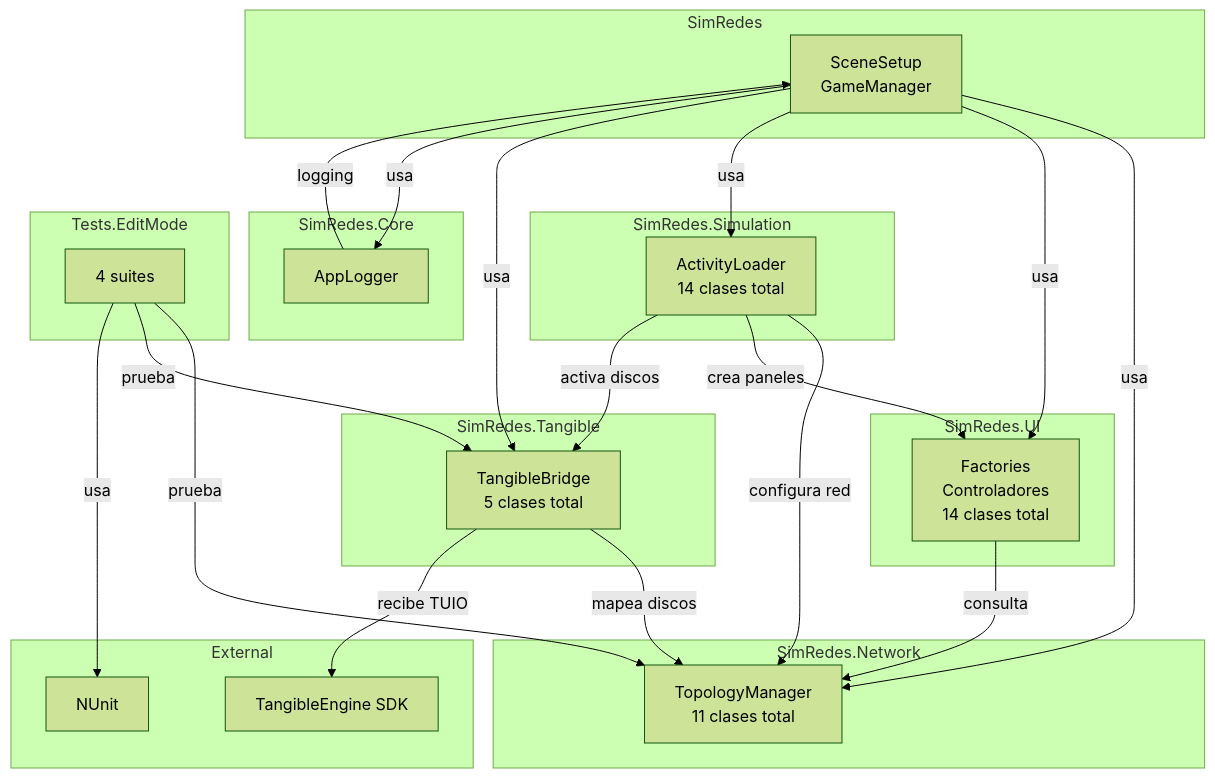
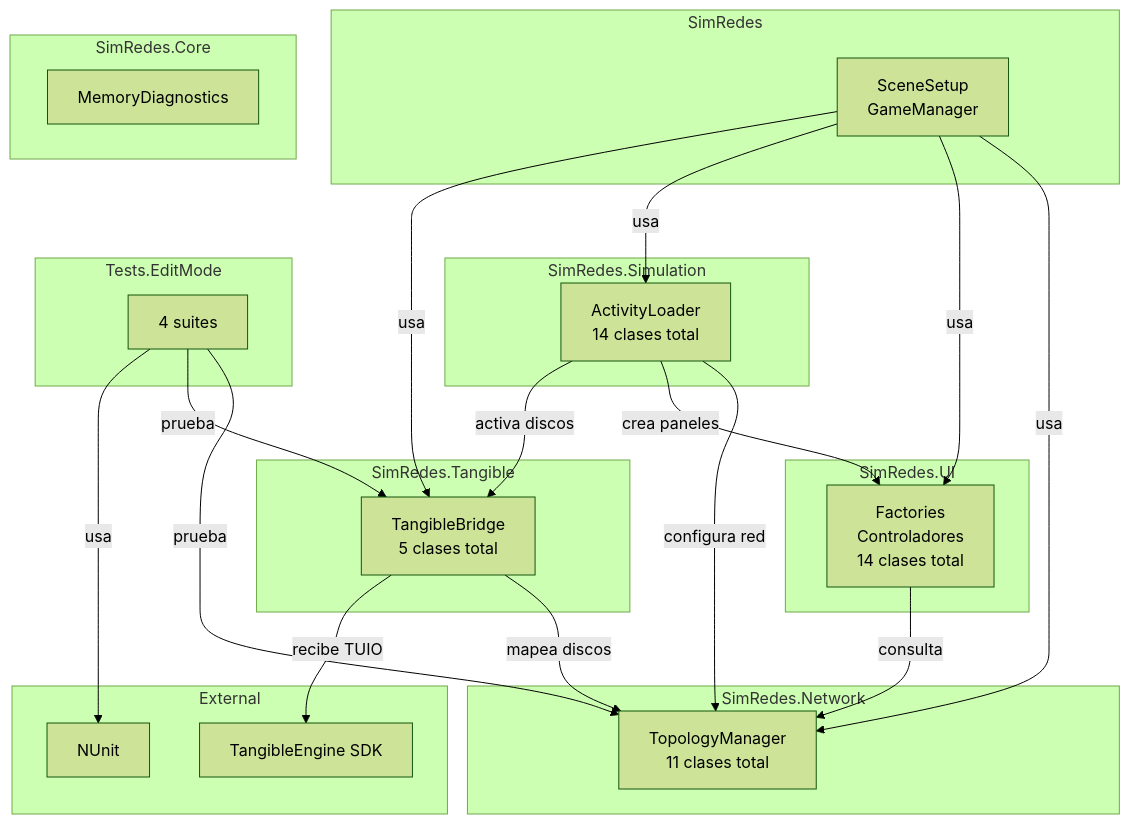
The diagram in docs/diagrams/mermaid/packages/06f-dependencies.md (Josmarinr/ProyectoGI_SimuladorRedesIDEUM), drawn with Mermaid (forest theme) before and after one commit. The commit also changed 19 other files, not shown here.

````diff
--- a/docs/diagrams/mermaid/packages/06f-dependencies.md
+++ b/docs/diagrams/mermaid/packages/06f-dependencies.md
@@ -3,56 +3,53 @@
 ```mermaid
 graph TB
     subgraph SIM["SimRedes"]
         ROOT[SceneSetup<br/>GameManager]
     end
 
     subgraph NET["SimRedes.Network"]
         TM[TopologyManager<br/>11 clases total]
     end
 
     subgraph TAN["SimRedes.Tangible"]
         TB[TangibleBridge<br/>5 clases total]
     end
 
     subgraph ACT["SimRedes.Simulation"]
         AL[ActivityLoader<br/>14 clases total]
     end
 
     subgraph UI["SimRedes.UI"]
         FAC[Factories<br/>Controladores<br/>14 clases total]
     end
 
     subgraph CORE["SimRedes.Core"]
-        LOG[AppLogger]
+        MD[MemoryDiagnostics]
     end
 
     subgraph EXT["External"]
         TE[TangibleEngine SDK]
         NU[NUnit]
     end
 
     subgraph TEST["Tests.EditMode"]
         TST[4 suites]
     end
 
     ROOT -->|usa| TM
     ROOT -->|usa| FAC
     ROOT -->|usa| AL
     ROOT -->|usa| TB
-    ROOT -->|usa| LOG
 
     TB -->|mapea discos| TM
     TB -->|recibe TUIO| TE
 
     AL -->|configura red| TM
     AL -->|crea paneles| FAC
     AL -->|activa discos| TB
 
     FAC -->|consulta| TM
 
-    LOG -->|logging| ROOT
-
     TST -->|prueba| TM
     TST -->|prueba| TB
     TST -->|usa| NU
 ```
````
